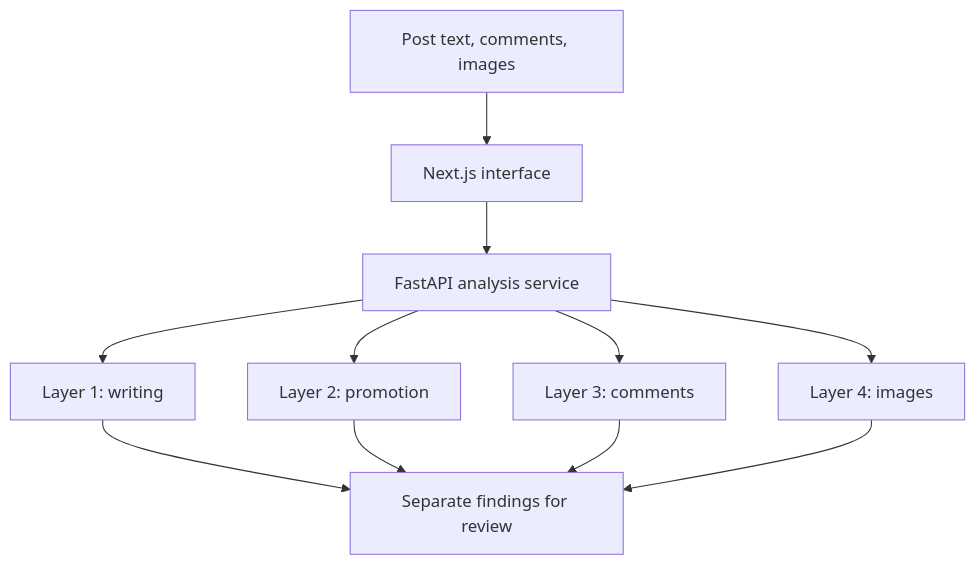
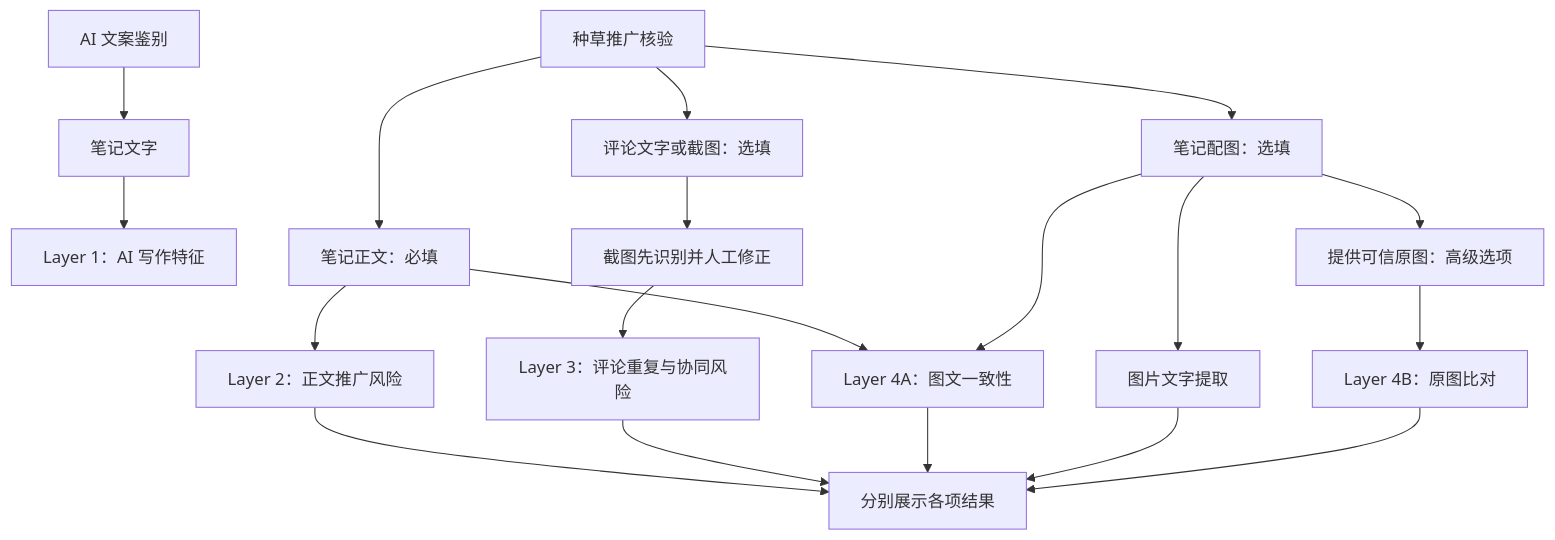
The diagram in README.md (jiaweiz5/projectdounai), drawn with Mermaid before and after one commit. The commit also changed other lines of this file, not shown here.

````diff
--- a/README.md
+++ b/README.md
@@ -76,13 +123,21 @@
 ```mermaid
 flowchart TD
-    A["Post text, comments, images"] --> B["Next.js interface"]
-    B --> C["FastAPI analysis service"]
-    C --> D["Layer 1: writing"]
-    C --> E["Layer 2: promotion"]
-    C --> F["Layer 3: comments"]
-    C --> G["Layer 4: images"]
-    D --> H["Separate findings for review"]
-    E --> H
-    F --> H
-    G --> H
+    A[AI 文案鉴别] --> B[笔记文字]
+    B --> C[Layer 1：AI 写作特征]
+    D[种草推广核验] --> E[笔记正文：必填]
+    D --> F[评论文字或截图：选填]
+    D --> G[笔记配图：选填]
+    E --> H[Layer 2：正文推广风险]
+    F --> I[截图先识别并人工修正]
+    I --> J[Layer 3：评论重复与协同风险]
+    E --> K[Layer 4A：图文一致性]
+    G --> K
+    G --> L[图片文字提取]
+    G --> M[提供可信原图：高级选项]
+    M --> N[Layer 4B：原图比对]
+    H --> O[分别展示各项结果]
+    J --> O
+    K --> O
+    L --> O
+    N --> O
 ```
````
